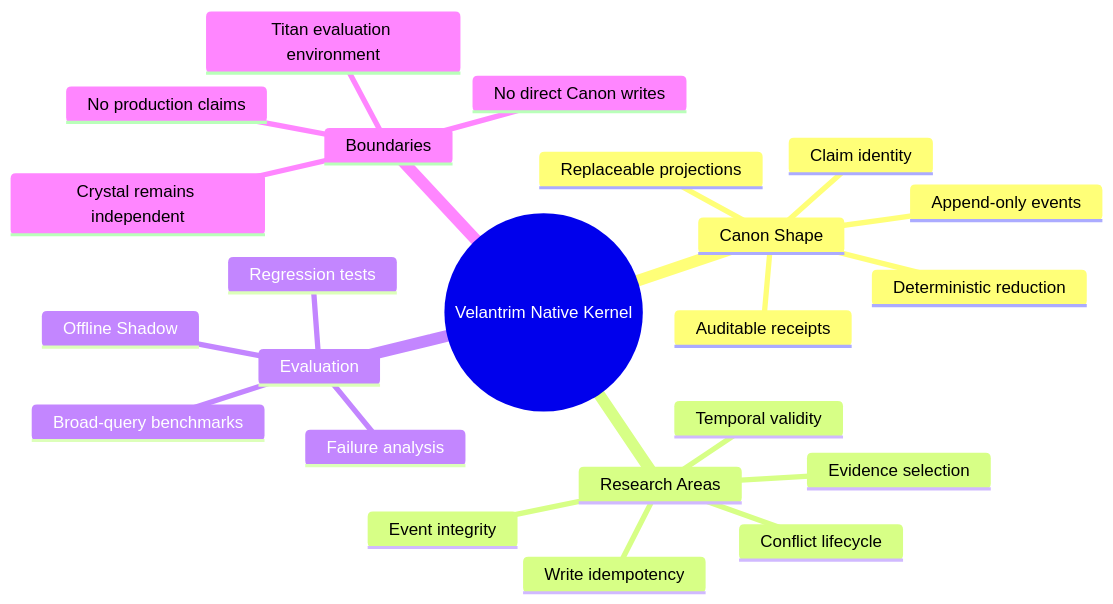
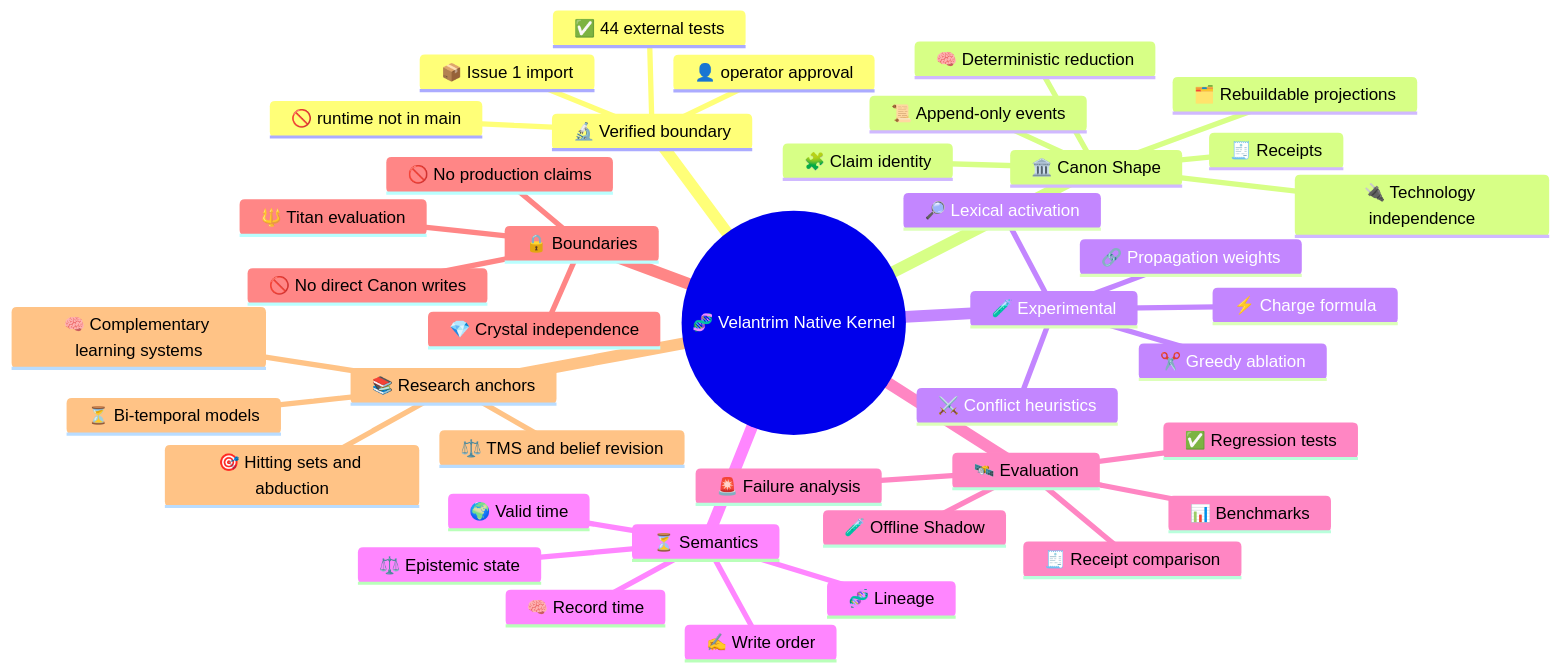
One commit to velantrian/velantrim-native-kernel changed the third of 3 diagrams in README.md. Above: the diagram before and after it, drawn with Mermaid. The commit also changed other lines of this file and 6 other files, not shown here.

First line of the commit message:
docs: define source-verified and long-horizon Native Kernel architecture (#5)

````diff
--- a/README.md
+++ b/README.md
@@ -67,26 +514,44 @@
 ```mermaid
 mindmap
-  root((Velantrim Native Kernel))
-    Canon Shape
-      Claim identity
-      Append-only events
-      Deterministic reduction
-      Replaceable projections
-      Auditable receipts
-    Research Areas
-      Temporal validity
-      Conflict lifecycle
-      Event integrity
-      Write idempotency
-      Evidence selection
-    Evaluation
-      Regression tests
-      Broad-query benchmarks
-      Offline Shadow
-      Failure analysis
-    Boundaries
-      Titan evaluation environment
-      Crystal remains independent
-      No direct Canon writes
-      No production claims
+  root((🧬 Velantrim Native Kernel))
+    🔬 Verified boundary
+      📦 Issue 1 import
+      ✅ 44 external tests
+      🚫 runtime not in main
+      👤 operator approval
+    🏛️ Canon Shape
+      🧩 Claim identity
+      📜 Append-only events
+      🧠 Deterministic reduction
+      🗂️ Rebuildable projections
+      🧾 Receipts
+      🔌 Technology independence
+    🧪 Experimental
+      ⚡ Charge formula
+      🔎 Lexical activation
+      🔗 Propagation weights
+      ✂️ Greedy ablation
+      ⚔️ Conflict heuristics
+    ⏳ Semantics
+      🌍 Valid time
+      🧠 Record time
+      ✍️ Write order
+      🧬 Lineage
+      ⚖️ Epistemic state
+    🛰️ Evaluation
+      ✅ Regression tests
+      📊 Benchmarks
+      🧪 Offline Shadow
+      🧾 Receipt comparison
+      🚨 Failure analysis
+    🔒 Boundaries
+      🔱 Titan evaluation
+      💎 Crystal independence
+      🚫 No direct Canon writes
+      🚫 No production claims
+    📚 Research anchors
+      ⚖️ TMS and belief revision
+      🎯 Hitting sets and abduction
+      ⏳ Bi-temporal models
+      🧠 Complementary learning systems
 ```
````
